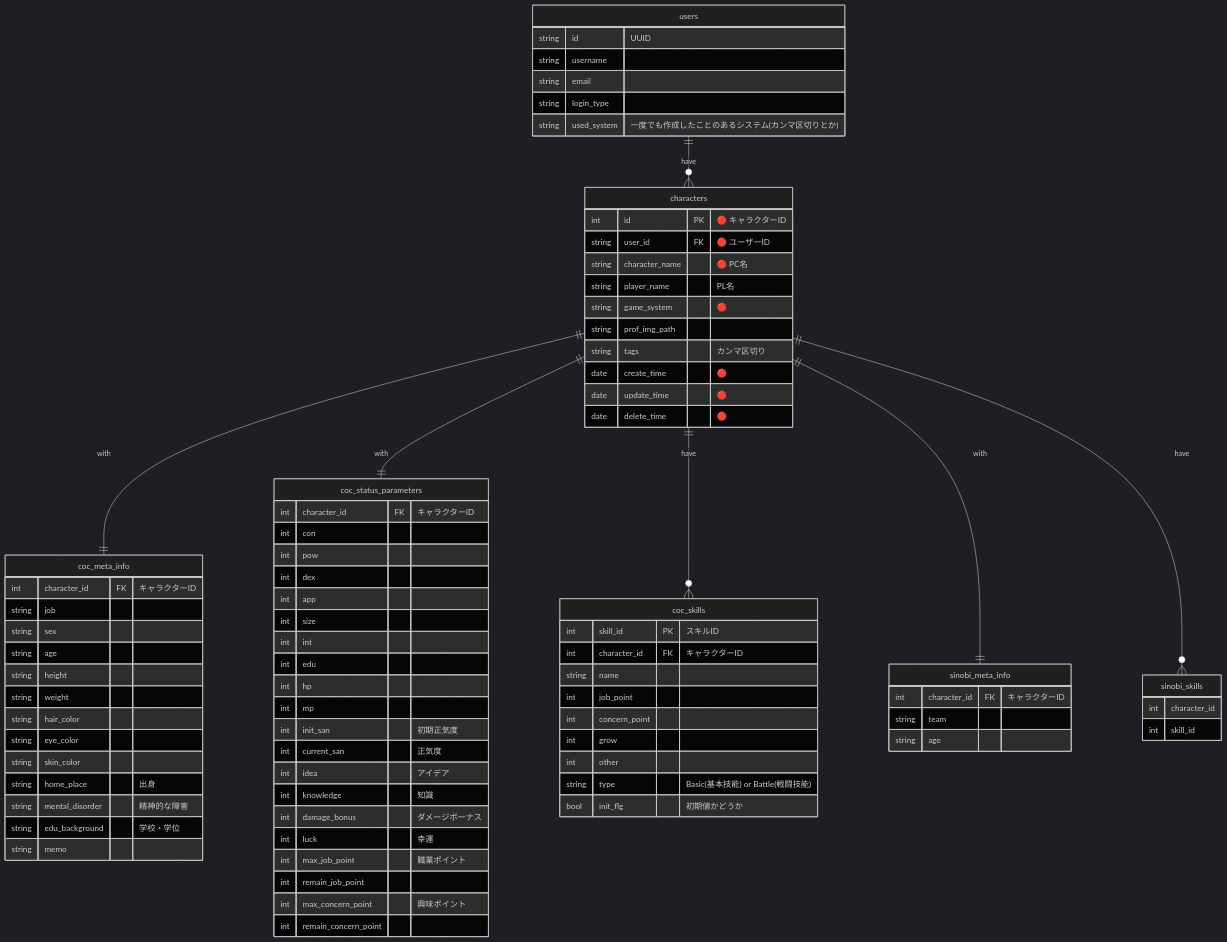
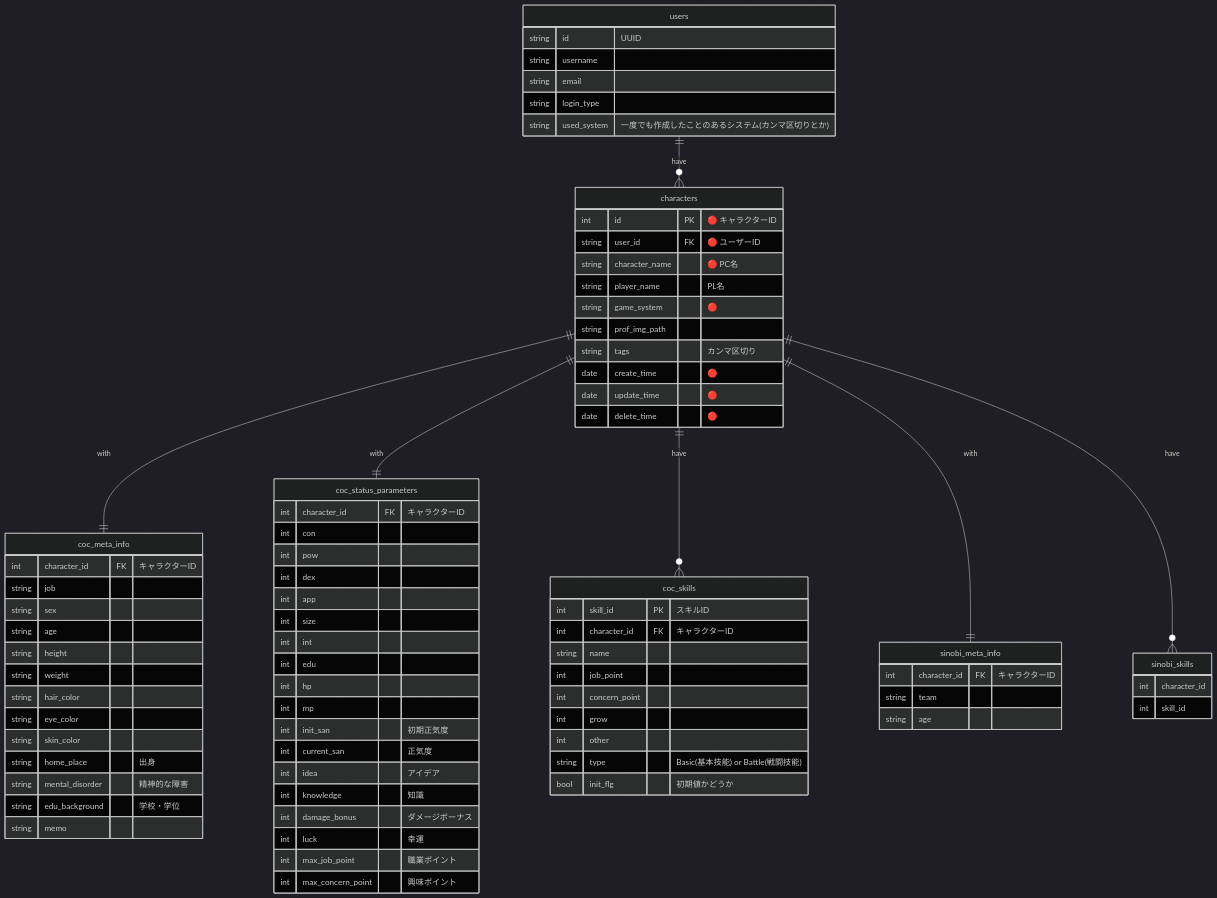
One commit to kitsystemyou/character-manager-backend changed the diagram in docs/enthithi.md. Above: the diagram before and after it, drawn with Mermaid (dark theme).

Commit message:
Mod ER delete remain column

```diff
--- a/docs/enthithi.md
+++ b/docs/enthithi.md
@@ -64,9 +64,7 @@
   int damage_bonus "ダメージボーナス"
   int luck "幸運"
   int max_job_point "職業ポイント"
-  int remain_job_point
   int max_concern_point "興味ポイント"
-  int remain_concern_point
 }
 
 coc_skills {
```
